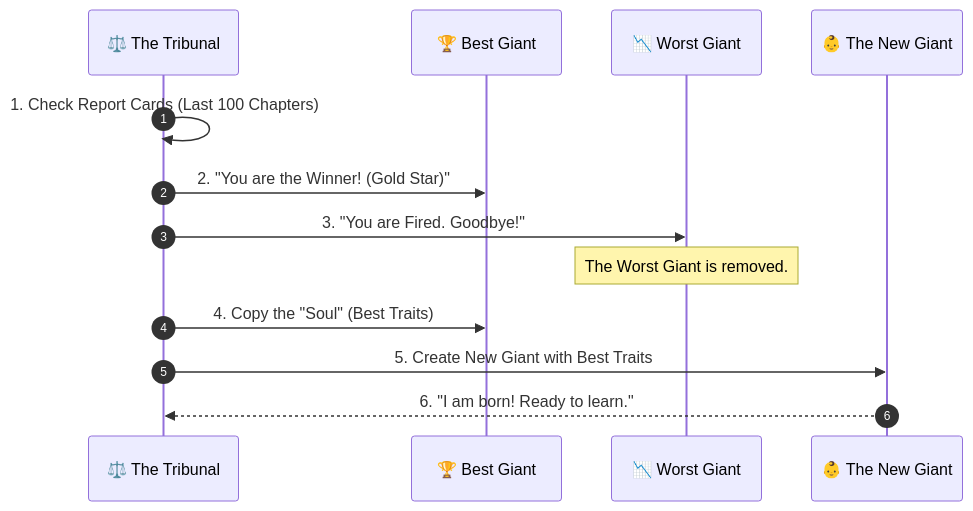
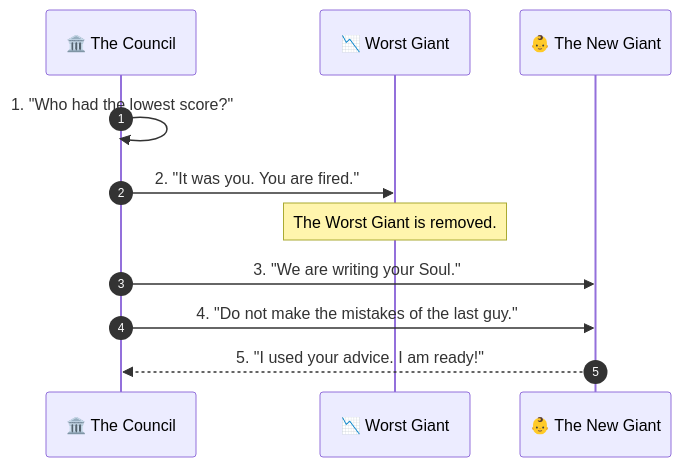
Before and after one commit to xlp0/PrologueOfSpacetime: the fourth of 4 diagrams in docs/workflows/README.md, drawn with Mermaid. The commit also changed other lines of this file and 3 other files, not shown here.

Commit message:
Docs: Refine Soul Cycle to Autonomous Council of Survivors (Peer Review)

````diff
--- a/docs/workflows/README.md
+++ b/docs/workflows/README.md
@@ -141,20 +144,17 @@
 ```mermaid
 sequenceDiagram
     autonumber
-    participant Tribunal as ⚖️ The Tribunal
-    participant Best as 🏆 Best Giant
+    participant Giants as 🏛️ The Council
     participant Worst as 📉 Worst Giant
     participant New as 👶 The New Giant
 
-    Tribunal->>Tribunal: 1. Check Report Cards (Last 100 Chapters)
-    
-    Tribunal->>Best: 2. "You are the Winner! (Gold Star)"
-    Tribunal->>Worst: 3. "You are Fired. Goodbye!"
+    Giants->>Giants: 1. "Who had the lowest score?"
+    Giants->>Worst: 2. "It was you. You are fired."
     
     Note over Worst: The Worst Giant is removed.
     
-    Tribunal->>Best: 4. Copy the "Soul" (Best Traits)
-    Tribunal->>New: 5. Create New Giant with Best Traits
+    Giants->>New: 3. "We are writing your Soul."
+    Giants->>New: 4. "Do not make the mistakes of the last guy."
     
-    New-->>Tribunal: 6. "I am born! Ready to learn."
+    New-->>Giants: 5. "I used your advice. I am ready!"
 ```
````
